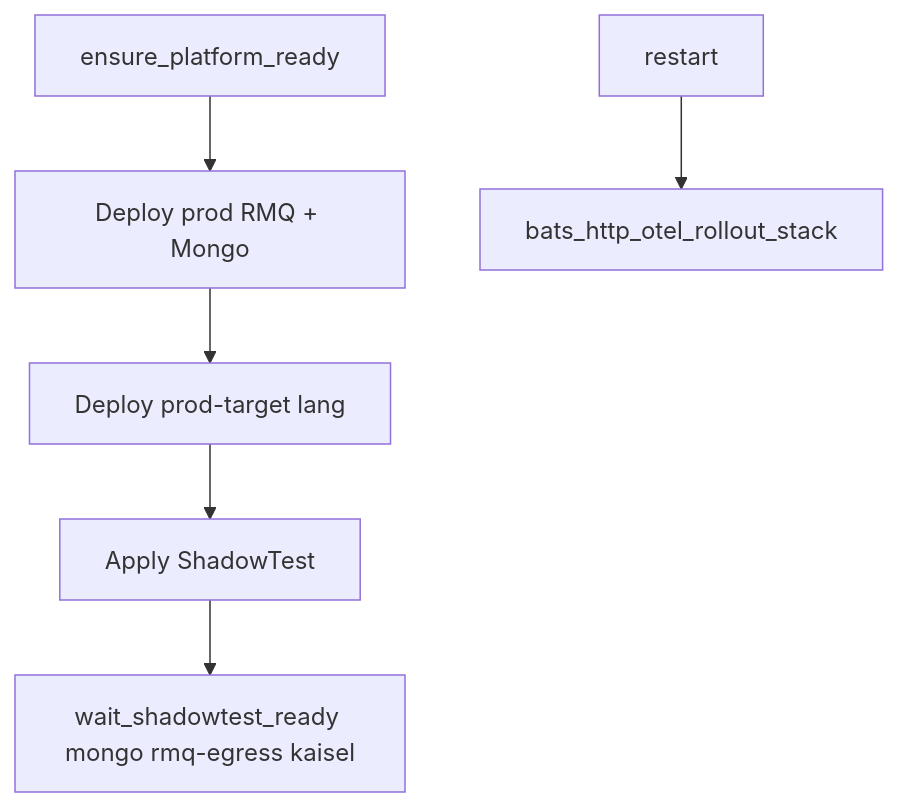
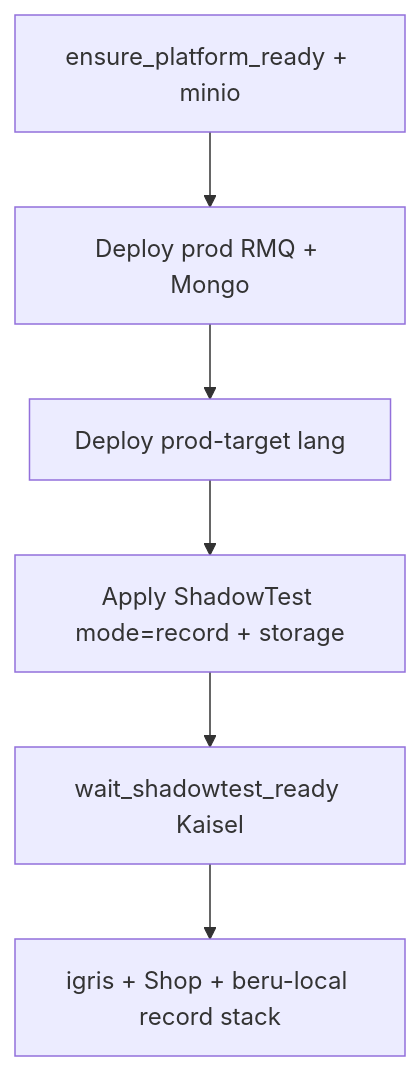
Before and after one commit to nederrgo/shadow-diff: the first of 2 diagrams in docs/verification/http-ingress-e2e-flow.md, drawn with Mermaid. The commit also changed other lines of this file and 76 other files, not shown here.

````diff
--- a/docs/verification/http-ingress-e2e-flow.md
+++ b/docs/verification/http-ingress-e2e-flow.md
@@ -45,8 +47,8 @@
 ```mermaid
 flowchart TD
-  plat[ensure_platform_ready] --> deps[Deploy prod RMQ + Mongo]
+  plat[ensure_platform_ready + minio] --> deps[Deploy prod RMQ + Mongo]
   deps --> worker[Deploy prod-target lang]
-  worker --> st[Apply ShadowTest]
-  st --> wait[wait_shadowtest_ready mongo rmq-egress kaisel]
-  restart --> rollout[bats_http_otel_rollout_stack]
+  worker --> st[Apply ShadowTest mode=record + storage]
+  st --> wait[wait_shadowtest_ready Kaisel]
+  wait --> sinks[igris + Shop + beru-local record stack]
 ```
````
